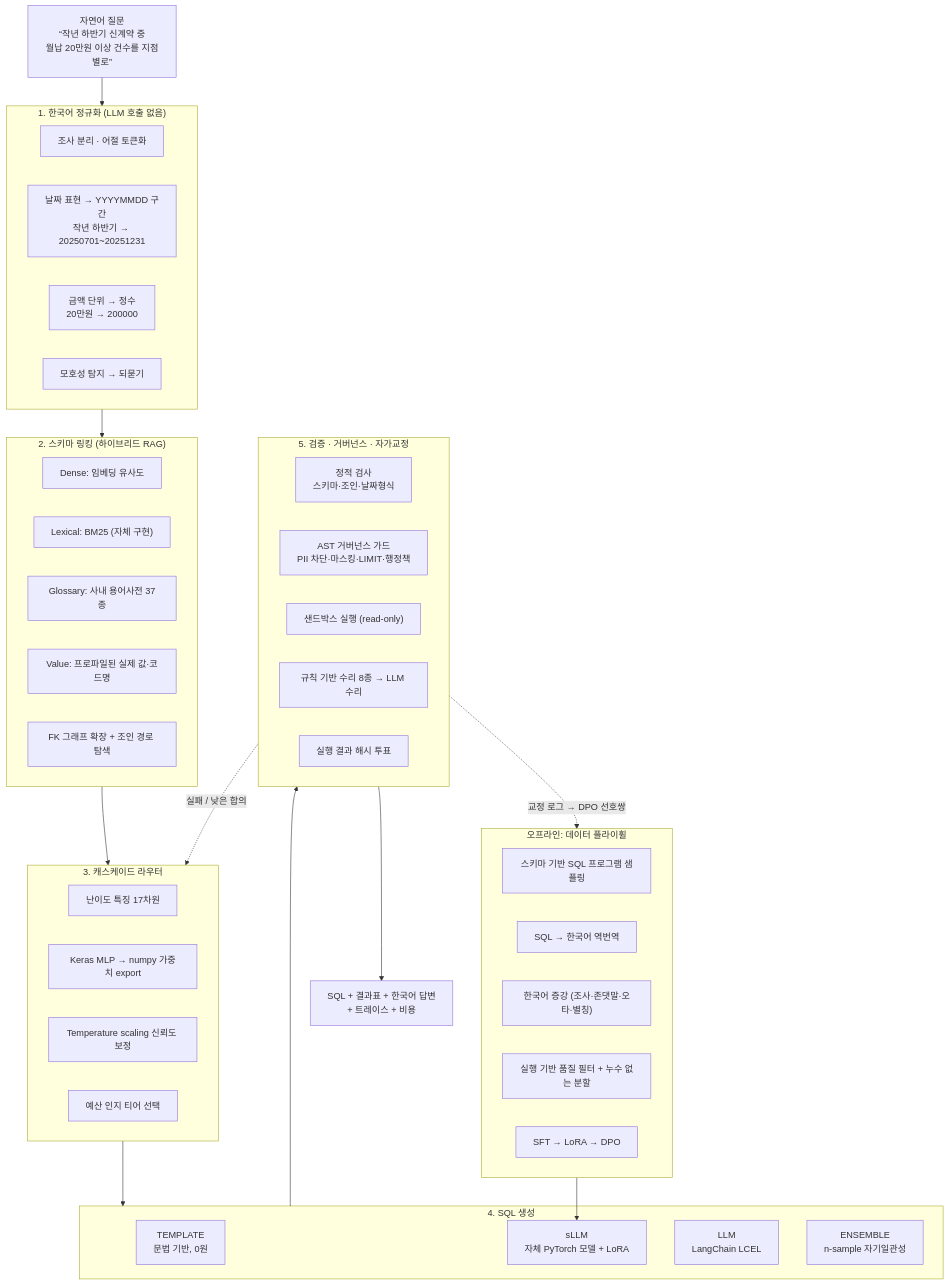
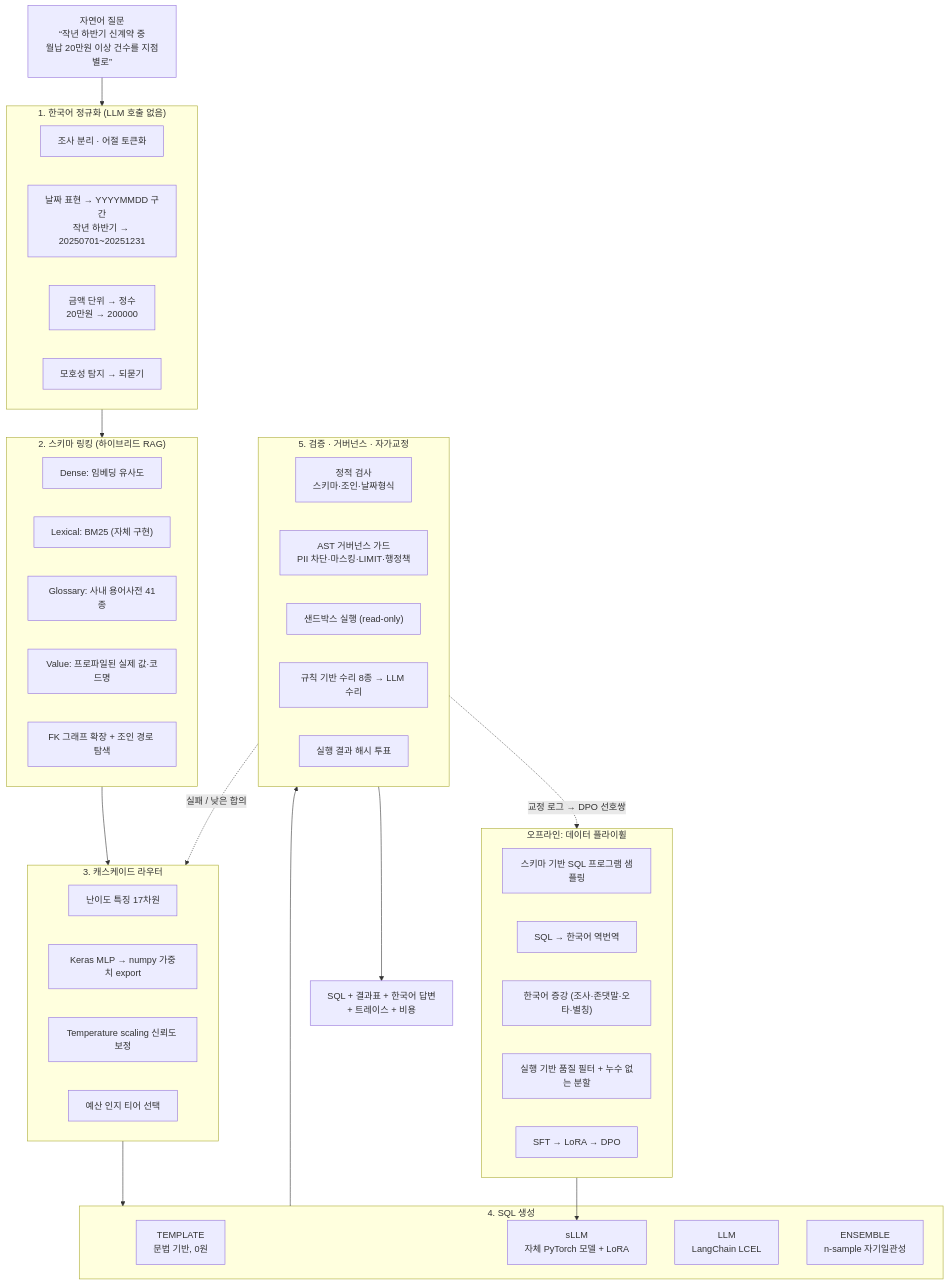
The diagram in docs/ARCHITECTURE.md (sokldjs554/aegis-sql), drawn with Mermaid before and after one commit. The commit also changed 2 other files, not shown here.

Commit message:
docs: correct glossary/probe counts to measured values

````diff
--- a/docs/ARCHITECTURE.md
+++ b/docs/ARCHITECTURE.md
@@ -5,56 +5,56 @@
 ```mermaid
 flowchart TB
     Q["자연어 질문<br/>“작년 하반기 신계약 중<br/>월납 20만원 이상 건수를 지점별로”"]
 
     subgraph NLU["1. 한국어 정규화 (LLM 호출 없음)"]
         N1["조사 분리 · 어절 토큰화"]
         N2["날짜 표현 → YYYYMMDD 구간<br/>작년 하반기 → 20250701~20251231"]
         N3["금액 단위 → 정수<br/>20만원 → 200000"]
         N4["모호성 탐지 → 되묻기"]
     end
 
     subgraph RAG["2. 스키마 링킹 (하이브리드 RAG)"]
         R1["Dense: 임베딩 유사도"]
         R2["Lexical: BM25 (자체 구현)"]
-        R3["Glossary: 사내 용어사전 37종"]
+        R3["Glossary: 사내 용어사전 41종"]
         R4["Value: 프로파일된 실제 값·코드명"]
         R5["FK 그래프 확장 + 조인 경로 탐색"]
     end
 
     subgraph ROUTE["3. 캐스케이드 라우터"]
         RT1["난이도 특징 17차원"]
         RT2["Keras MLP → numpy 가중치 export"]
         RT3["Temperature scaling 신뢰도 보정"]
         RT4["예산 인지 티어 선택"]
     end
 
     subgraph GEN["4. SQL 생성"]
         G1["TEMPLATE<br/>문법 기반, 0원"]
         G2["sLLM<br/>자체 PyTorch 모델 + LoRA"]
         G3["LLM<br/>LangChain LCEL"]
         G4["ENSEMBLE<br/>n-sample 자기일관성"]
     end
 
     subgraph VERIFY["5. 검증 · 거버넌스 · 자가교정"]
         V1["정적 검사<br/>스키마·조인·날짜형식"]
         V2["AST 거버넌스 가드<br/>PII 차단·마스킹·LIMIT·행정책"]
         V3["샌드박스 실행 (read-only)"]
         V4["규칙 기반 수리 8종 → LLM 수리"]
         V5["실행 결과 해시 투표"]
     end
 
     A["SQL + 결과표 + 한국어 답변<br/>+ 트레이스 + 비용"]
 
     Q --> NLU --> RAG --> ROUTE --> GEN --> VERIFY --> A
     VERIFY -. "실패 / 낮은 합의" .-> ROUTE
     VERIFY -. "교정 로그 → DPO 선호쌍" .-> FW
 
     subgraph FW["오프라인: 데이터 플라이휠"]
         F1["스키마 기반 SQL 프로그램 샘플링"]
         F2["SQL → 한국어 역번역"]
         F3["한국어 증강 (조사·존댓말·오타·별칭)"]
         F4["실행 기반 품질 필터 + 누수 없는 분할"]
         F5["SFT → LoRA → DPO"]
     end
     FW --> G2
 ```
````
